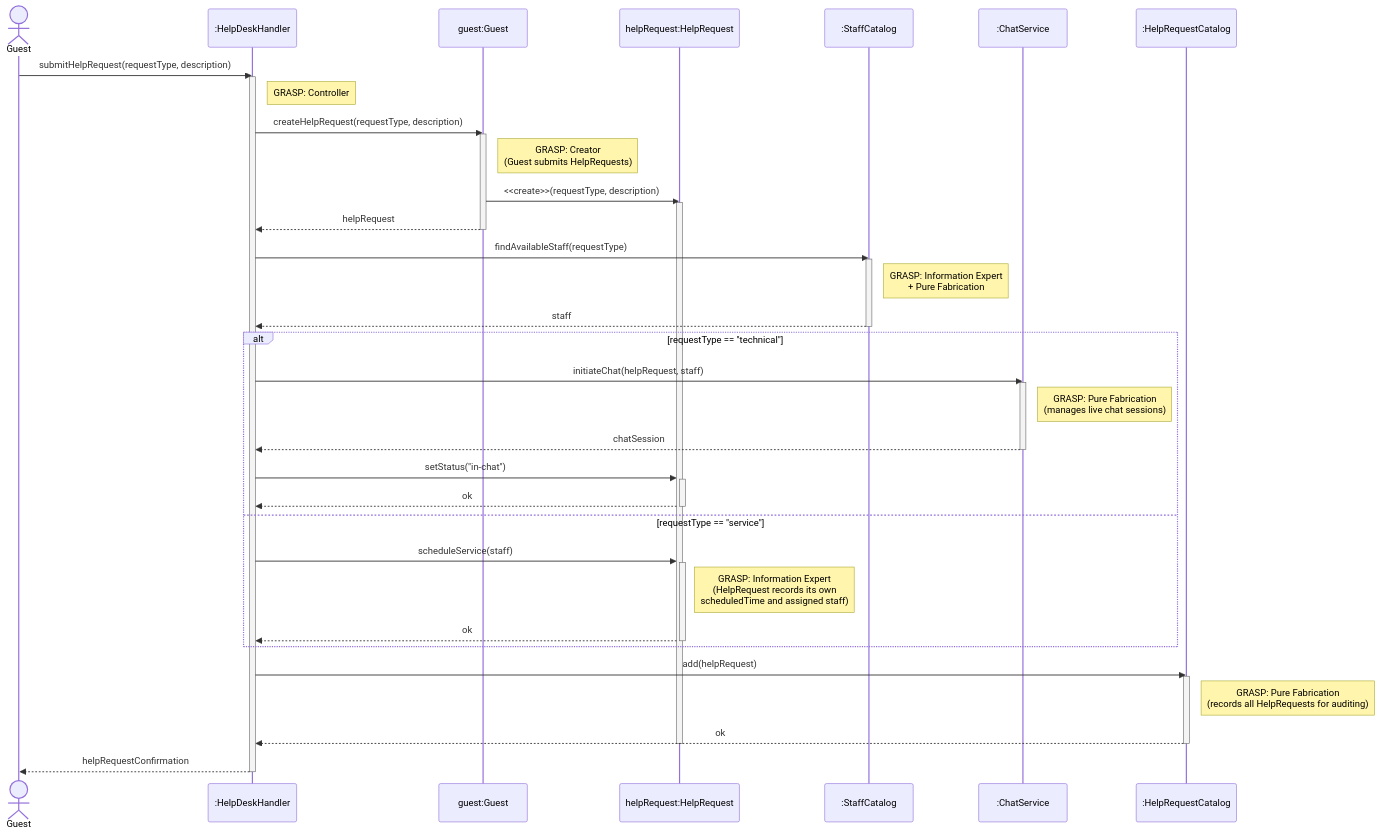
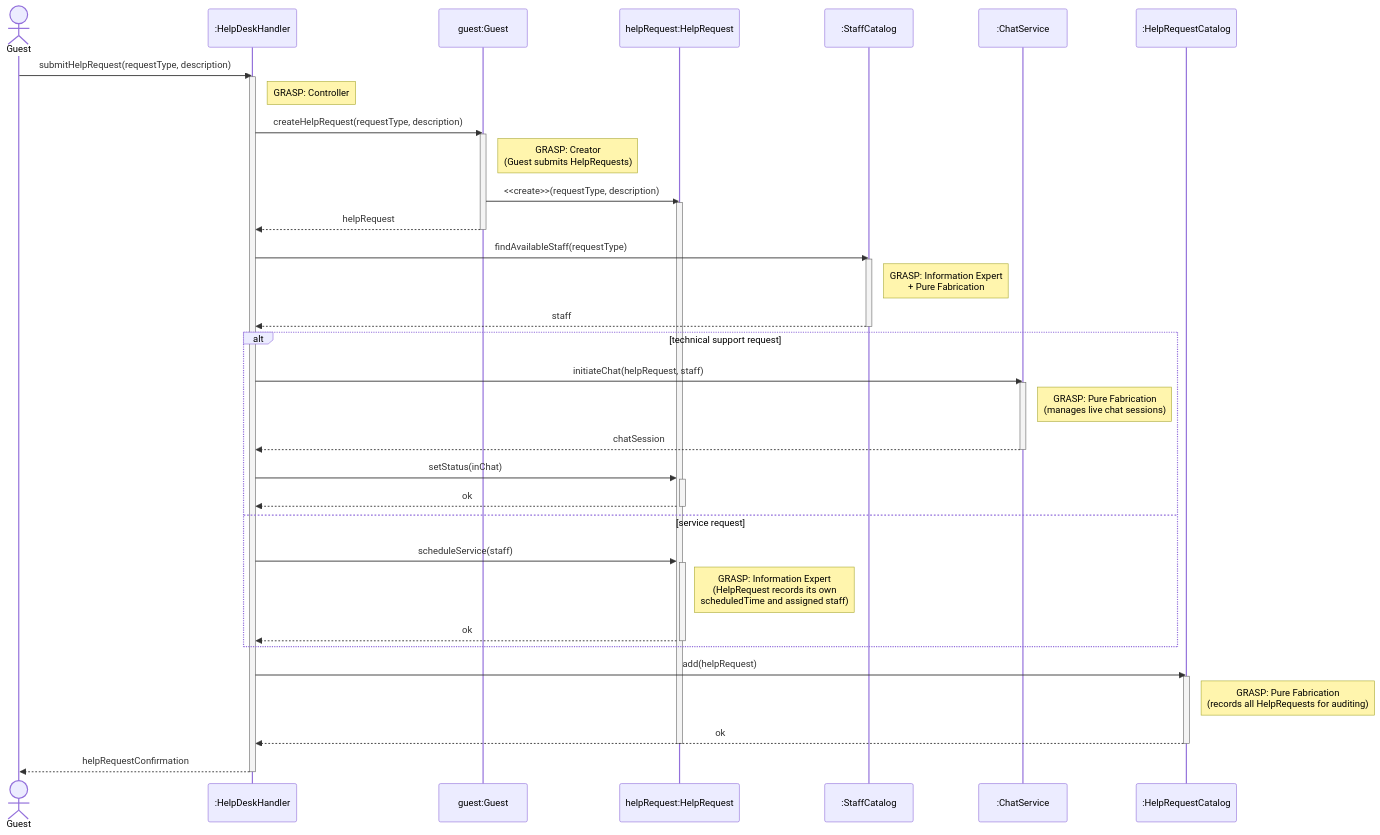
The second of 2 diagrams in Documentation/User-Cases/HelpDest.md (JaceYar/Software1-Proj), drawn with Mermaid before and after one commit. The commit also changed 6 other files, not shown here.

````diff
--- a/Documentation/User-Cases/HelpDest.md
+++ b/Documentation/User-Cases/HelpDest.md
@@ -39,56 +39,56 @@
 ```mermaid
 sequenceDiagram
     actor GuestActor as Guest
     participant ctrl as :HelpDeskHandler
     participant g as guest:Guest
     participant req as helpRequest:HelpRequest
     participant sc as :StaffCatalog
     participant cs as :ChatService
     participant hrc as :HelpRequestCatalog
 
     GuestActor->>ctrl: submitHelpRequest(requestType, description)
     activate ctrl
     Note right of ctrl: GRASP: Controller
 
     ctrl->>g: createHelpRequest(requestType, description)
     activate g
     Note right of g: GRASP: Creator<br>(Guest submits HelpRequests)
     g->>req: <<create>>(requestType, description)
     activate req
     g-->>ctrl: helpRequest
     deactivate g
 
     ctrl->>sc: findAvailableStaff(requestType)
     activate sc
     Note right of sc: GRASP: Information Expert<br>+ Pure Fabrication
     sc-->>ctrl: staff
     deactivate sc
 
-    alt requestType == "technical"
+    alt technical support request
         ctrl->>cs: initiateChat(helpRequest, staff)
         activate cs
         Note right of cs: GRASP: Pure Fabrication<br>(manages live chat sessions)
         cs-->>ctrl: chatSession
         deactivate cs
-        ctrl->>req: setStatus("in-chat")
+        ctrl->>req: setStatus(inChat)
         activate req
         req-->>ctrl: ok
         deactivate req
-    else requestType == "service"
+    else service request
         ctrl->>req: scheduleService(staff)
         activate req
         Note right of req: GRASP: Information Expert<br>(HelpRequest records its own<br>scheduledTime and assigned staff)
         req-->>ctrl: ok
         deactivate req
     end
 
     ctrl->>hrc: add(helpRequest)
     activate hrc
     Note right of hrc: GRASP: Pure Fabrication<br>(records all HelpRequests for auditing)
     hrc-->>ctrl: ok
     deactivate hrc
 
     deactivate req
     ctrl-->>GuestActor: helpRequestConfirmation
     deactivate ctrl
 ```
````
